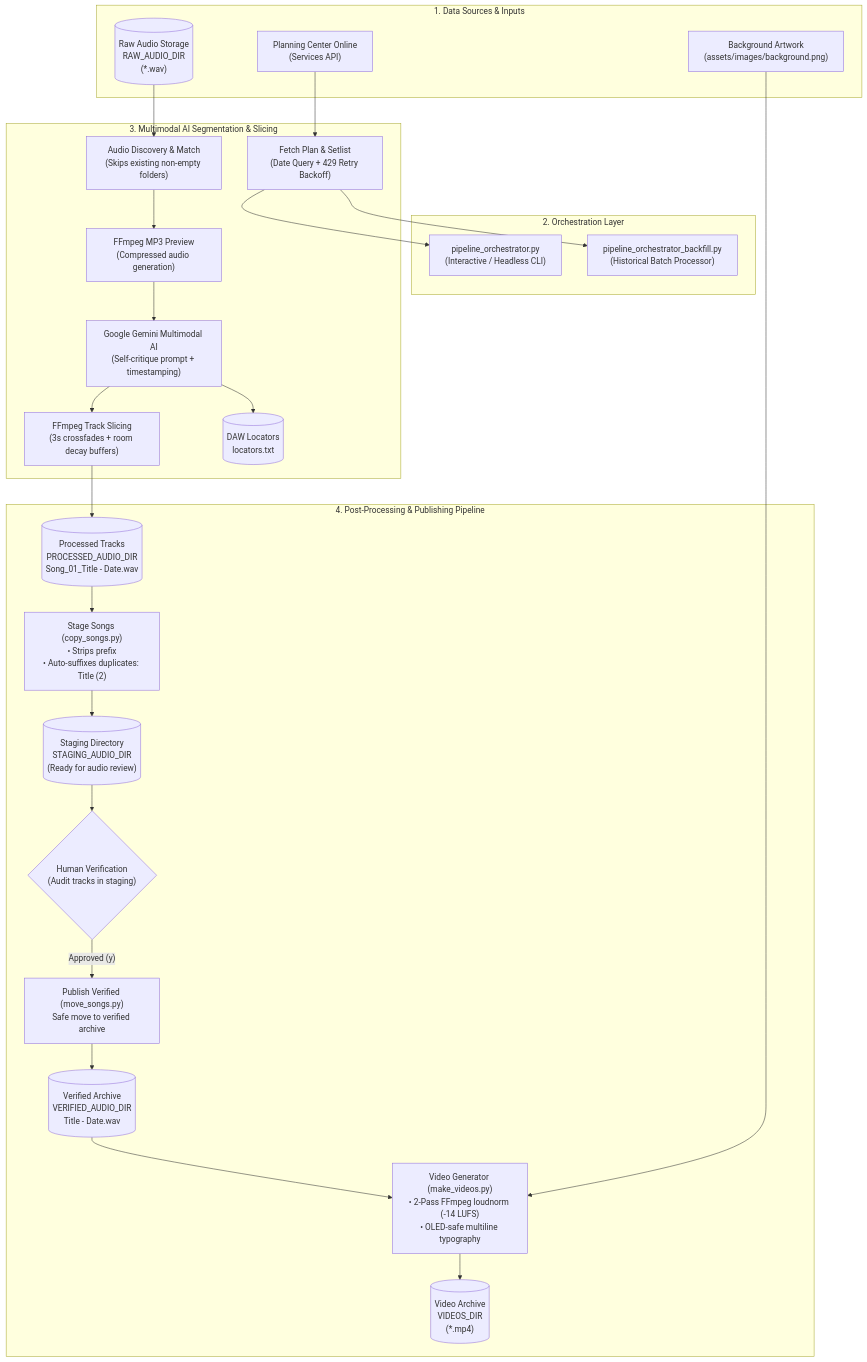
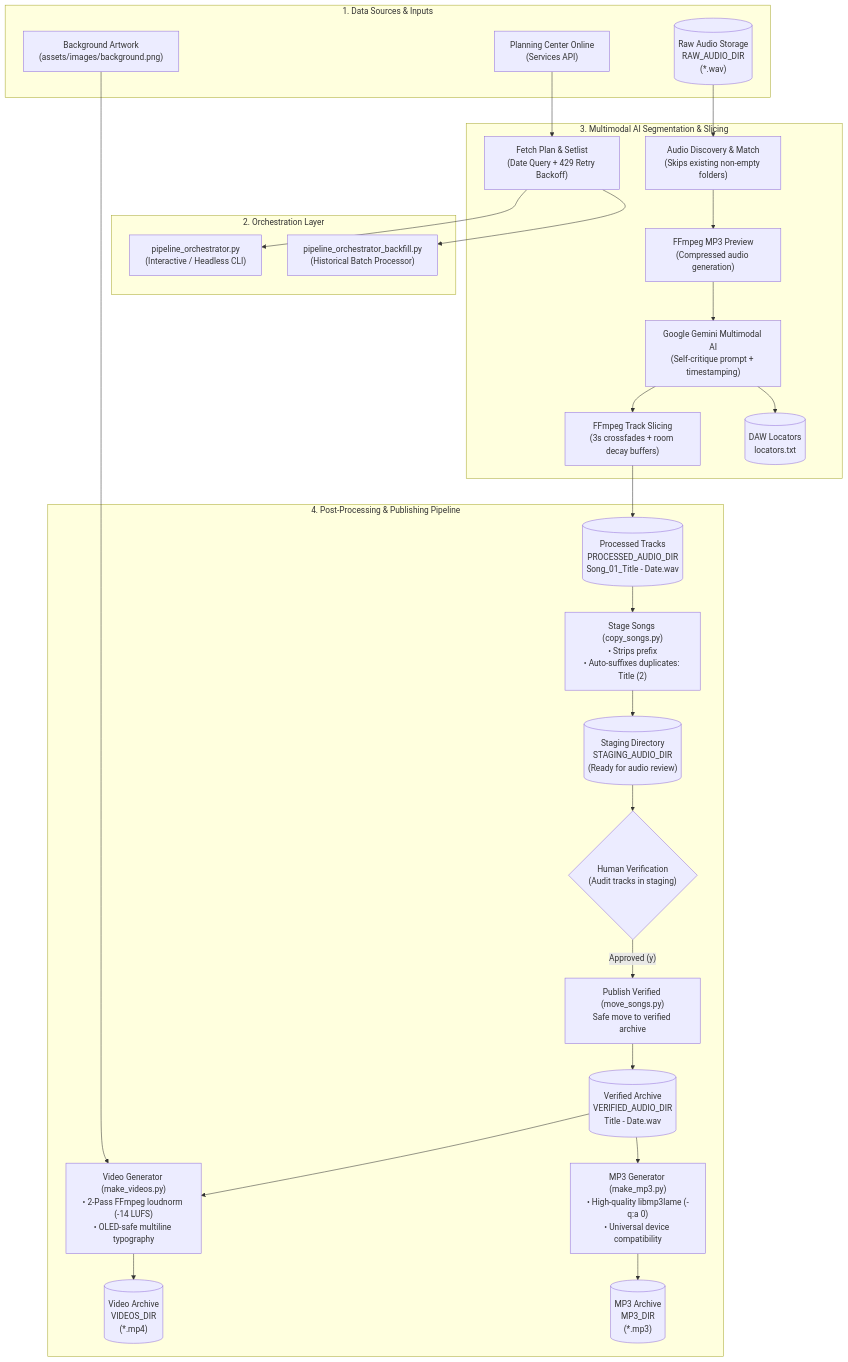
The diagram in README.md (m4dc0w/song-recording-catalog-pipeline), drawn with Mermaid before and after one commit. The commit also changed other lines of this file and 9 other files, not shown here.

````diff
--- a/README.md
+++ b/README.md
@@ -27,57 +27,61 @@
 ```mermaid
 flowchart TD
     %% External Inputs & APIs
     subgraph Inputs["1. Data Sources & Inputs"]
         PCO["Planning Center Online<br/>(Services API)"]
         RawAudio[("Raw Audio Storage<br/>RAW_AUDIO_DIR<br/>(*.wav)")]
         BgImage["Background Artwork<br/>(assets/images/background.png)"]
     end
 
     %% Orchestrators
     subgraph Orchestration["2. Orchestration Layer"]
         CLI["pipeline_orchestrator.py<br/>(Interactive / Headless CLI)"]
         Backfill["pipeline_orchestrator_backfill.py<br/>(Historical Batch Processor)"]
     end
 
     %% Ingestion & AI Segmentation
     subgraph Segmentation["3. Multimodal AI Segmentation & Slicing"]
         FetchPlan["Fetch Plan & Setlist<br/>(Date Query + 429 Retry Backoff)"]
         MatchAudio["Audio Discovery & Match<br/>(Skips existing non-empty folders)"]
         Downsample["FFmpeg MP3 Preview<br/>(Compressed audio generation)"]
         Gemini["Google Gemini Multimodal AI<br/>(Self-critique prompt + timestamping)"]
         Slicer["FFmpeg Track Slicing<br/>(3s crossfades + room decay buffers)"]
         DawMarkers[("DAW Locators<br/>locators.txt")]
     end
 
     %% Storage & Post Processing
     subgraph PostProcessing["4. Post-Processing & Publishing Pipeline"]
         Processed[("Processed Tracks<br/>PROCESSED_AUDIO_DIR<br/>Song_01_Title - Date.wav")]
         Stage["Stage Songs (copy_songs.py)<br/>• Strips prefix<br/>• Auto-suffixes duplicates: Title (2)"]
         Staging[("Staging Directory<br/>STAGING_AUDIO_DIR<br/>(Ready for audio review)")]
         Verify{"Human Verification<br/>(Audit tracks in staging)"}
         Move["Publish Verified (move_songs.py)<br/>Safe move to verified archive"]
         Verified[("Verified Archive<br/>VERIFIED_AUDIO_DIR<br/>Title - Date.wav")]
         MakeVideo["Video Generator (make_videos.py)<br/>• 2-Pass FFmpeg loudnorm (-14 LUFS)<br/>• OLED-safe multiline typography"]
         Videos[("Video Archive<br/>VIDEOS_DIR<br/>(*.mp4)")]
+        MakeMP3["MP3 Generator (make_mp3.py)<br/>• High-quality libmp3lame (-q:a 0)<br/>• Universal device compatibility"]
+        MP3s[("MP3 Archive<br/>MP3_DIR<br/>(*.mp3)")]
     end
 
     %% Connections
     PCO --> FetchPlan
     RawAudio --> MatchAudio
     FetchPlan --> CLI
     FetchPlan --> Backfill
     MatchAudio --> Downsample
     Downsample --> Gemini
     Gemini --> DawMarkers
     Gemini --> Slicer
     Slicer --> Processed
 
     Processed --> Stage
     Stage --> Staging
     Staging --> Verify
     Verify -- "Approved (y)" --> Move
     Move --> Verified
     Verified --> MakeVideo
     BgImage --> MakeVideo
     MakeVideo --> Videos
+    Verified --> MakeMP3
+    MakeMP3 --> MP3s
 ```
````
